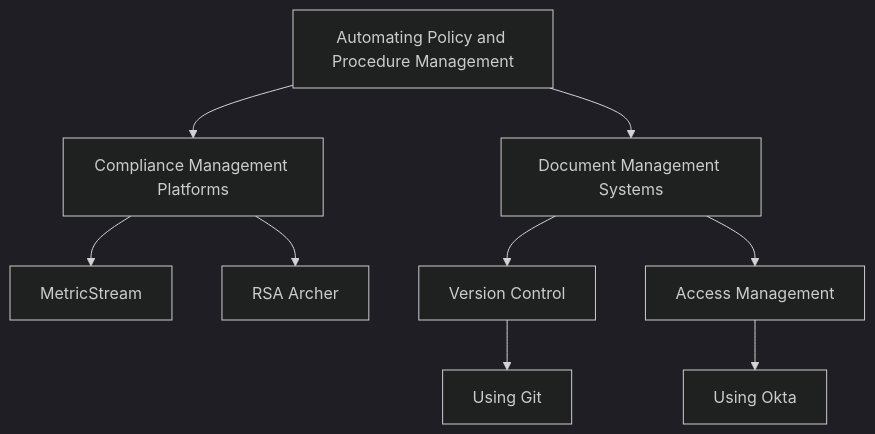
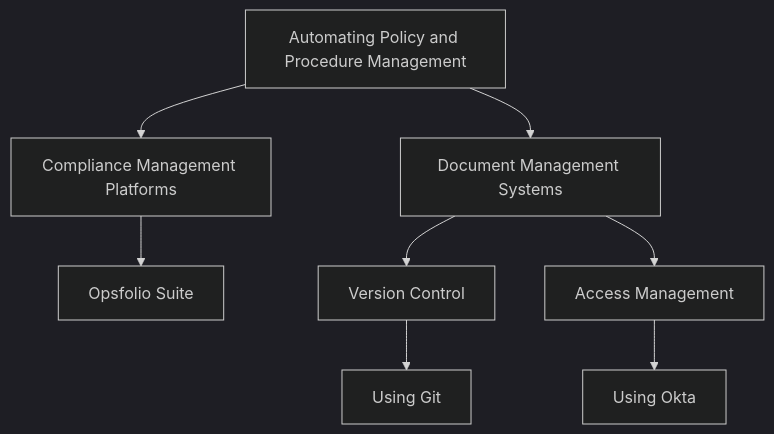
Before and after one commit to opsfolio/docs.opsfolio.com: the first of 6 diagrams in src/content/docs/automating-compliance/automating-key-concepts/automating-policies.md, drawn with Mermaid (dark theme). The commit also changed other lines of this file and 6 other files, not shown here.

````diff
--- a/src/content/docs/automating-compliance/automating-key-concepts/automating-policies.md
+++ b/src/content/docs/automating-compliance/automating-key-concepts/automating-policies.md
@@ -30,11 +30,10 @@
 ```mermaid
 graph TD;
     A[Automating Policy and Procedure Management] --> B[Compliance Management Platforms];
     A --> C[Document Management Systems];
-    B --> D[MetricStream];
-    B --> E[RSA Archer];
+    B --> D[Opsfolio Suite];
     C --> F[Version Control];
     C --> G[Access Management];
     F --> H[Using Git];
     G --> I[Using Okta];
 ```
````
